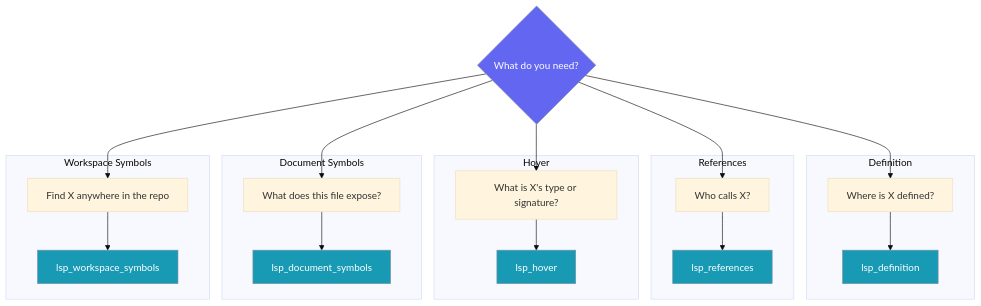
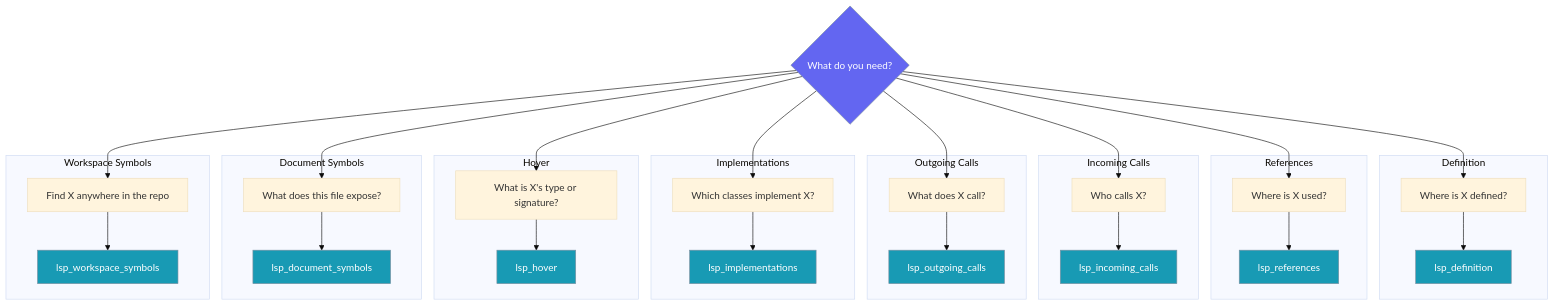
One commit to MervinPraison/PraisonAIDocs changed the third of 4 diagrams in docs/features/lsp-navigation-tools.mdx. Above: the diagram before and after it, drawn with Mermaid (base theme). The commit also changed other lines of this file, not shown here.

Commit message:
docs: update LSP navigation tools page for call hierarchy & go-to-implementation (fixes #4077)

````diff
--- a/docs/features/lsp-navigation-tools.mdx
+++ b/docs/features/lsp-navigation-tools.mdx
@@ -110,34 +119,49 @@
 ```mermaid
 graph TB
     Q{What do you need?} --> D["Where is X defined?"]
-    Q --> R["Who calls X?"]
+    Q --> R["Where is X used?"]
+    Q --> IC["Who calls X?"]
+    Q --> OC["What does X call?"]
+    Q --> IM["Which classes implement X?"]
     Q --> H["What is X's type or signature?"]
     Q --> F["What does this file expose?"]
     Q --> W["Find X anywhere in the repo"]
 
     subgraph "Definition"
         D --> lsp_def[lsp_definition]
     end
 
     subgraph "References"
         R --> lsp_ref[lsp_references]
+    end
+
+    subgraph "Incoming Calls"
+        IC --> lsp_inc[lsp_incoming_calls]
+    end
+
+    subgraph "Outgoing Calls"
+        OC --> lsp_out[lsp_outgoing_calls]
+    end
+
+    subgraph "Implementations"
+        IM --> lsp_imp[lsp_implementations]
     end
 
     subgraph "Hover"
         H --> lsp_hov[lsp_hover]
     end
 
     subgraph "Document Symbols"
         F --> lsp_doc[lsp_document_symbols]
     end
 
     subgraph "Workspace Symbols"
         W --> lsp_wks[lsp_workspace_symbols]
     end
 
     classDef question fill:#6366F1,stroke:#7C90A0,color:#fff
     classDef tool fill:#189AB4,stroke:#7C90A0,color:#fff
 
     class Q question
-    class lsp_def,lsp_ref,lsp_hov,lsp_doc,lsp_wks tool
+    class lsp_def,lsp_ref,lsp_inc,lsp_out,lsp_imp,lsp_hov,lsp_doc,lsp_wks tool
 ```
````
